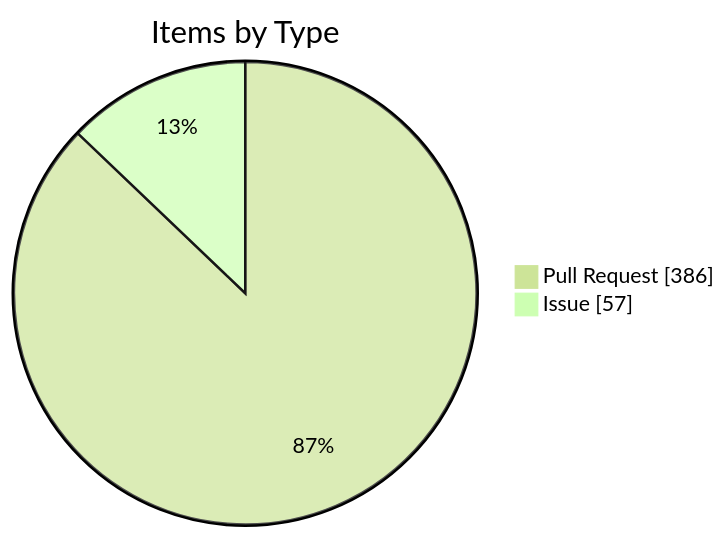
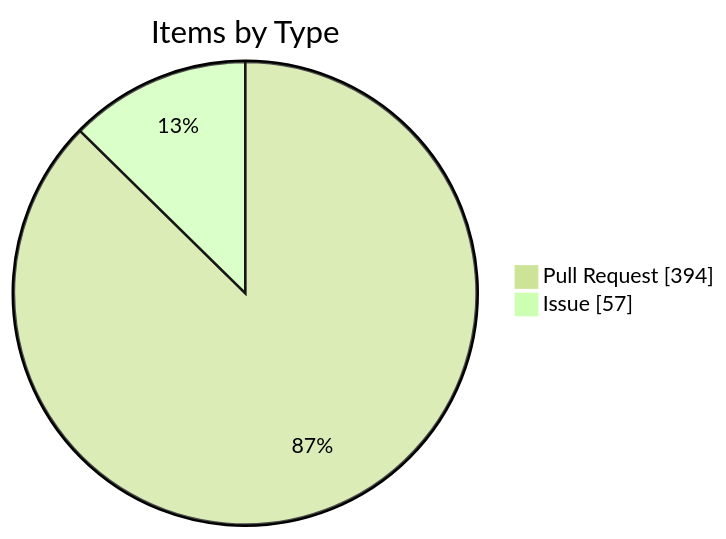
The fourth of 4 diagrams in apps/kbve/astro-kbve/src/content/docs/dashboard/kanban-data.mdx (KBVE/kbve), drawn with Mermaid (forest theme) before and after one commit. The commit also changed other lines of this file and 8 other files, not shown here.

````diff
--- a/apps/kbve/astro-kbve/src/content/docs/dashboard/kanban-data.mdx
+++ b/apps/kbve/astro-kbve/src/content/docs/dashboard/kanban-data.mdx
@@ -116,6 +116,6 @@
 ```mermaid
 pie showData
     title Items by Type
-    "Pull Request" : 386
+    "Pull Request" : 394
     "Issue" : 57
 ```
````
